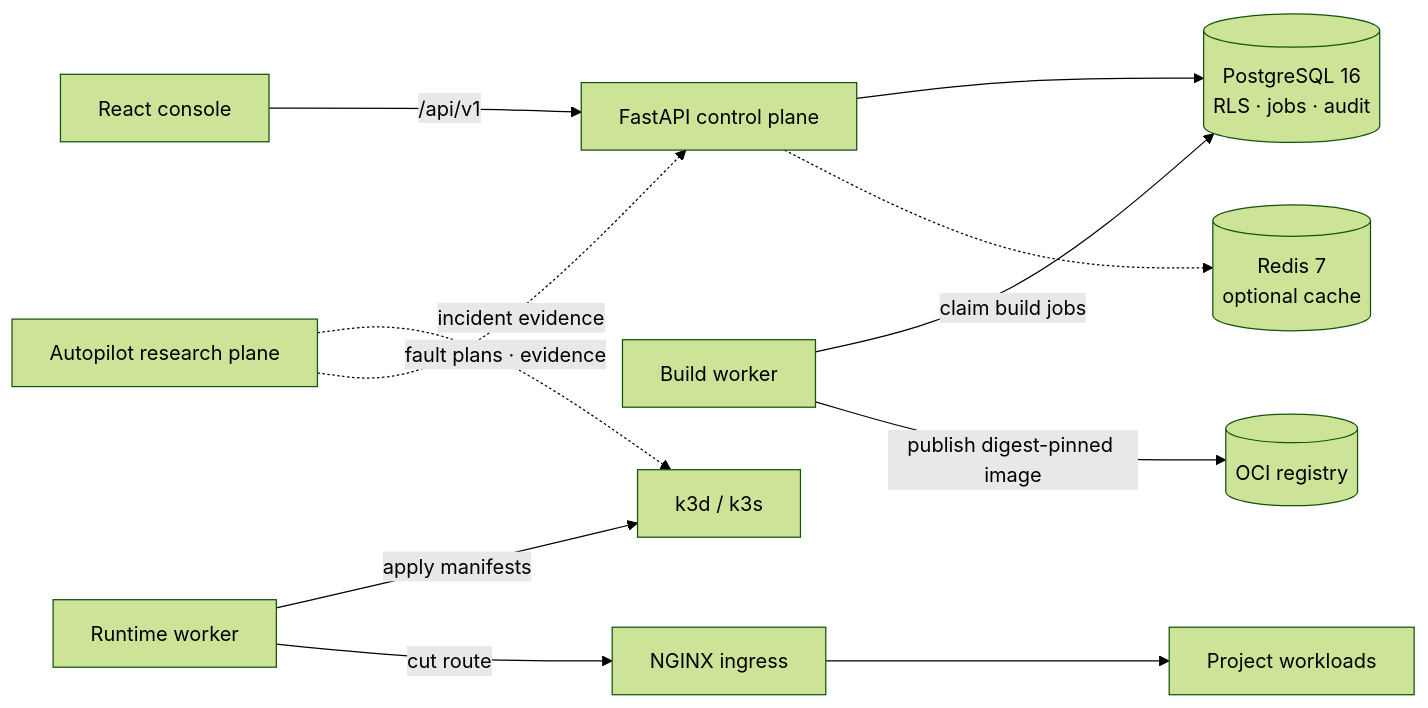
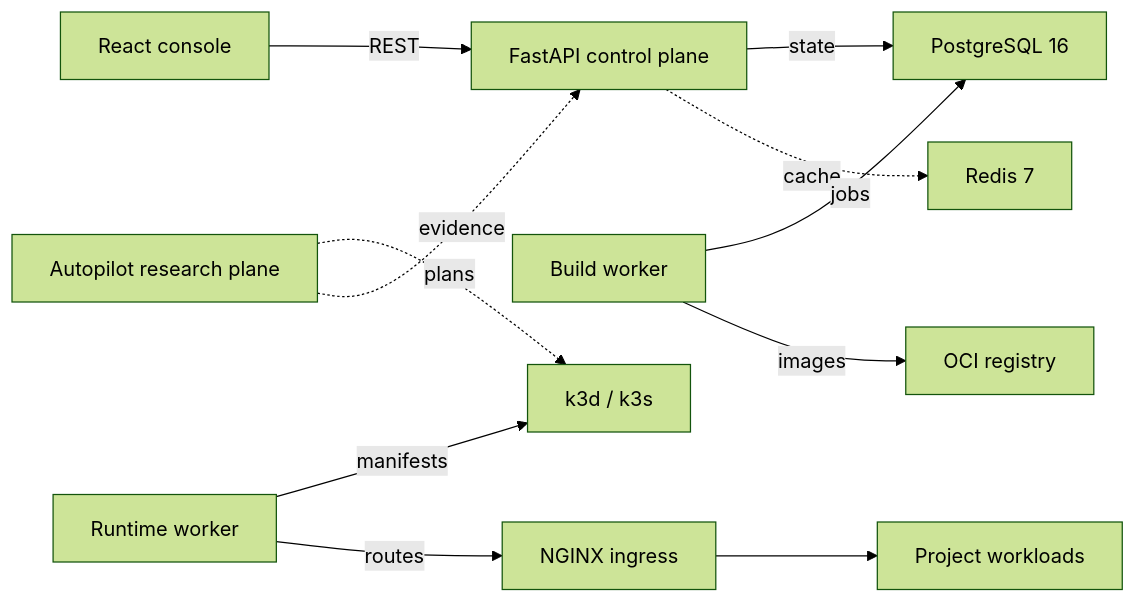
The diagram in README.md (danishnaseer00/autopilot), drawn with Mermaid (forest theme) before and after one commit.

Commit message:
fix(docs): simplify architecture diagram for GitHub Mermaid

````diff
--- a/README.md
+++ b/README.md
@@ -72,13 +72,13 @@
 ```mermaid
-flowchart LR
-    Browser["React console"] -->|"/api/v1"| API["FastAPI control plane"]
-    API --> PG[("PostgreSQL 16<br/>RLS · jobs · audit")]
-    API -.-> Redis[("Redis 7<br/>optional cache")]
-    Build["Build worker"] -->|"claim build jobs"| PG
-    Build -->|"publish digest-pinned image"| Registry[("OCI registry")]
-    Runtime["Runtime worker"] -->|"apply manifests"| K8s["k3d / k3s"]
-    Runtime -->|"cut route"| Ingress["NGINX ingress"]
+graph LR
+    Browser["React console"] -->|REST| Control["FastAPI control plane"]
+    Control -->|state| Database["PostgreSQL 16"]
+    Control -.->|cache| Cache["Redis 7"]
+    Build["Build worker"] -->|jobs| Database
+    Build -->|images| Registry["OCI registry"]
+    Runtime["Runtime worker"] -->|manifests| Cluster["k3d / k3s"]
+    Runtime -->|routes| Ingress["NGINX ingress"]
     Ingress --> Apps["Project workloads"]
-    Autopilot["Autopilot research plane"] -.->|"fault plans · evidence"| K8s
-    Autopilot -.->|"incident evidence"| API
+    Autopilot["Autopilot research plane"] -.->|plans| Cluster
+    Autopilot -.->|evidence| Control
 ```
````
